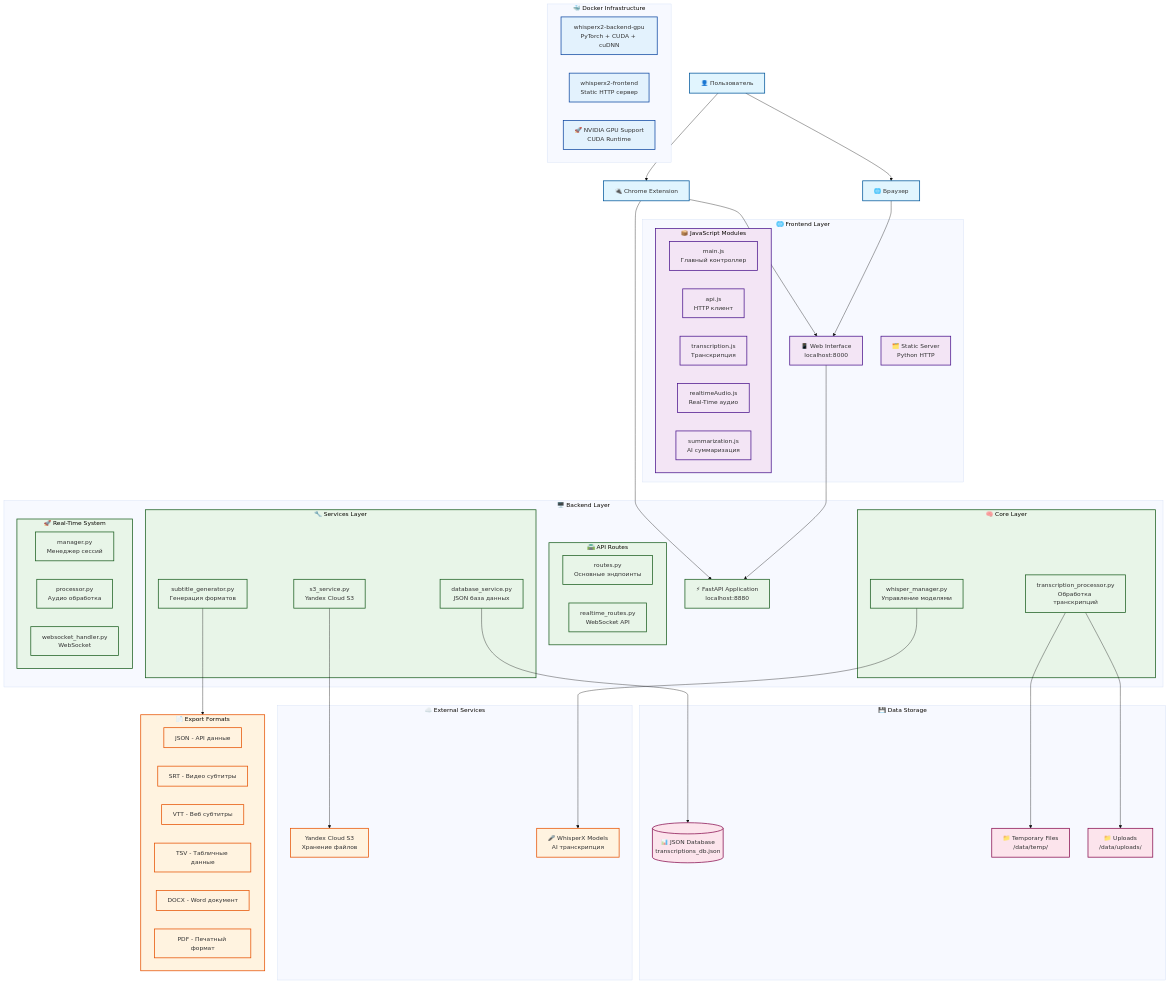
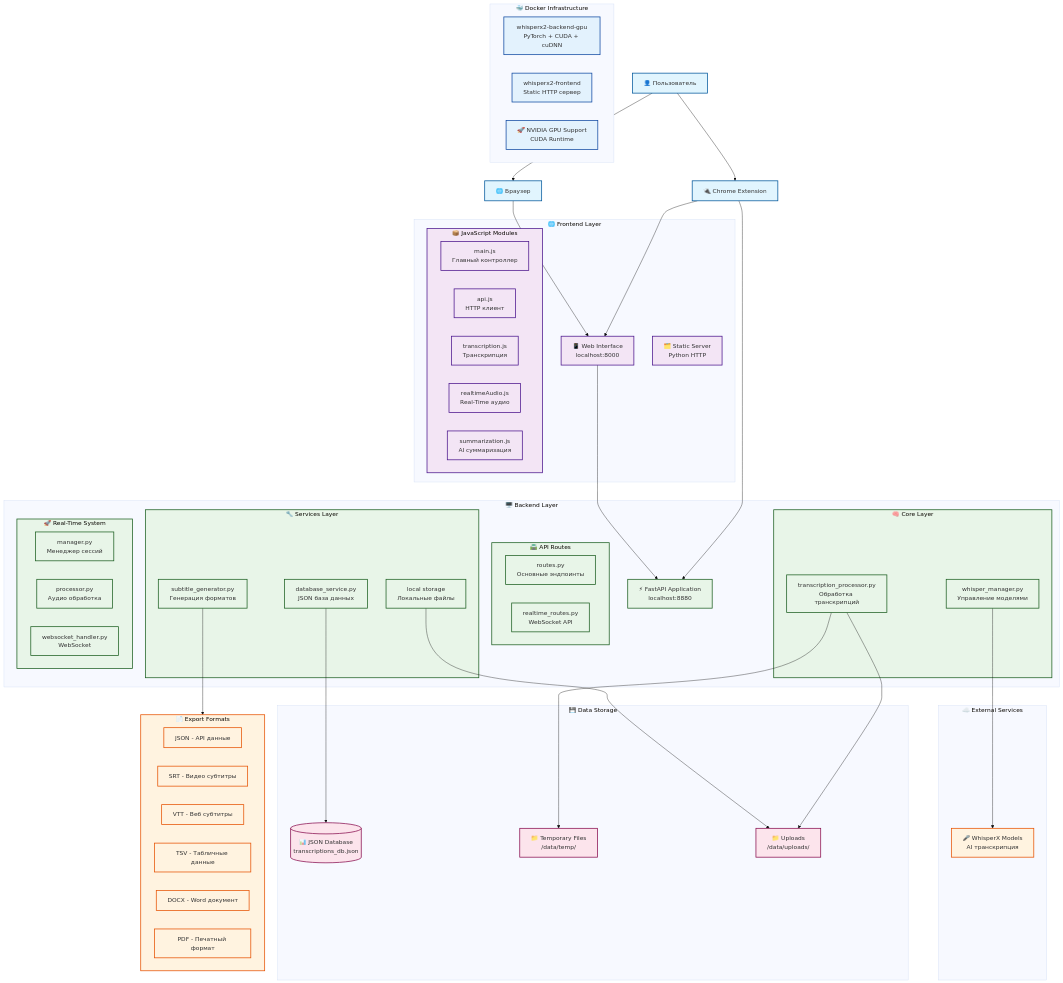
Before and after one commit to hxrz11/whisperx-frontend: the diagram in README.md, drawn with Mermaid (base theme). The commit also changed other lines of this file and 18 other files, not shown here.

````diff
--- a/README.md
+++ b/README.md
@@ -321,7 +317,7 @@
         end
         
         subgraph Services["🔧 Services Layer"]
-            S3Service[s3_service.py<br/>Yandex Cloud S3]
+            FileStore[local storage<br/>Локальные файлы]
             DBService[database_service.py<br/>JSON база данных]
             SubtitleGen[subtitle_generator.py<br/>Генерация форматов]
         end
@@ -338,11 +334,9 @@
     
     %% External Services
     subgraph External["☁️ External Services"]
-        YandexS3[Yandex Cloud S3<br/>Хранение файлов]
         WhisperX[🎤 WhisperX Models<br/>AI транскрипция]
     end
-    
-    S3Service --> YandexS3
+
     WhisperMgr --> WhisperX
     
     %% Data Storage
@@ -353,6 +347,7 @@
     end
     
     DBService --> JSONDb
+    FileStore --> Uploads
     TransProcessor --> TempFiles
     TransProcessor --> Uploads
     
@@ -385,8 +380,8 @@
     
     class User,Browser,Extension userClass
     class WebUI,StaticServer,JSModules,MainJS,APIJS,TranscriptionJS,RealtimeJS,SummarizationJS frontendClass
-    class FastAPI,APIRoutes,MainRoutes,RealtimeRoutes,Core,WhisperMgr,TransProcessor,Services,S3Service,DBService,SubtitleGen,Realtime,RTManager,RTProcessor,WSHandler backendClass
-    class YandexS3,WhisperX,Formats,JSON,SRT,VTT,TSV,DOCX,PDF externalClass
+    class FastAPI,APIRoutes,MainRoutes,RealtimeRoutes,Core,WhisperMgr,TransProcessor,Services,FileStore,DBService,SubtitleGen,Realtime,RTManager,RTProcessor,WSHandler backendClass
+    class WhisperX,Formats,JSON,SRT,VTT,TSV,DOCX,PDF externalClass
     class JSONDb,TempFiles,Uploads storageClass
     class BackendContainer,FrontendContainer,GPUSupport dockerClass
 ```
````
